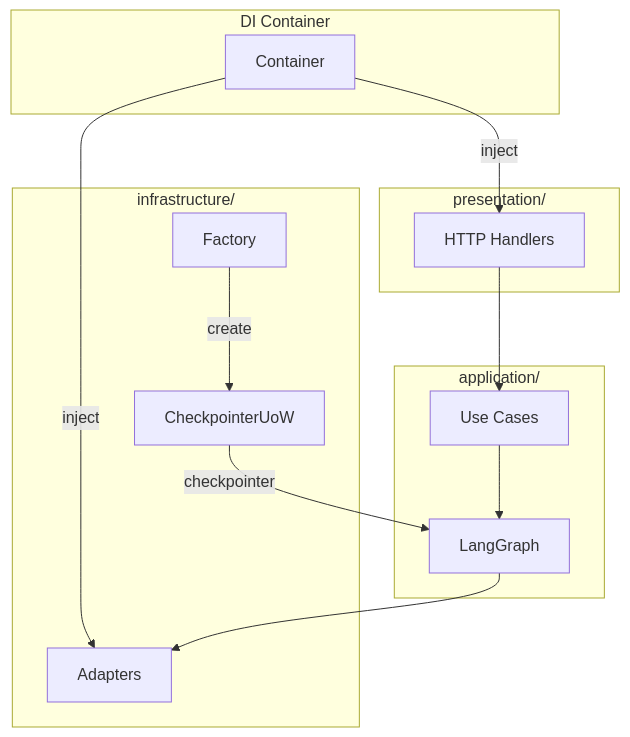
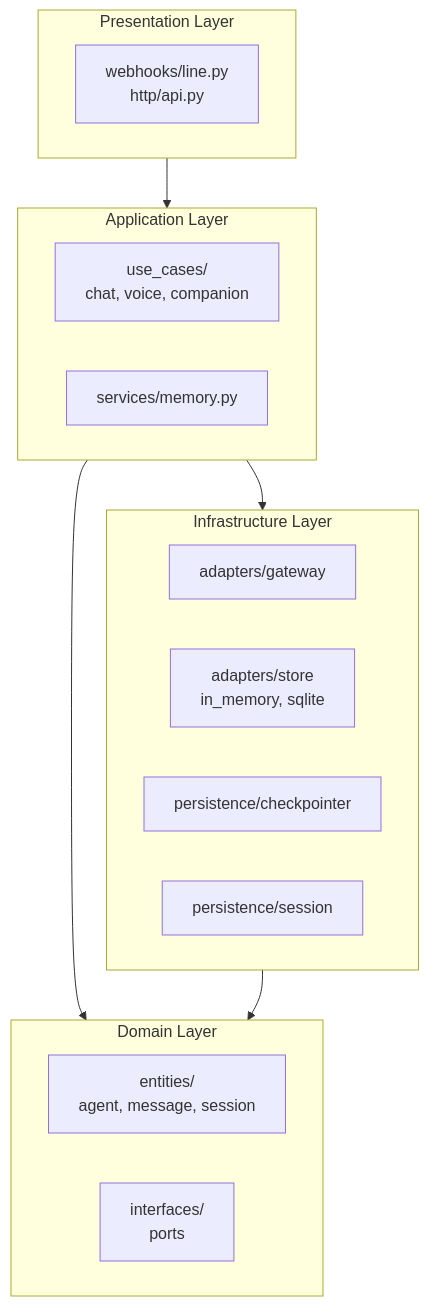
Before and after one commit to Jakkapat-Chongsuwat/homunculy: the second of 2 diagrams in homunculy/README.md, drawn with Mermaid. The commit also changed other lines of this file and 40 other files, not shown here.

Commit message:
feat(memory): homunculy: add sqlite memory

````diff
--- a/homunculy/README.md
+++ b/homunculy/README.md
@@ -7,27 +41,28 @@
 ```mermaid
 graph TB
-    subgraph DI["DI Container"]
-        C[Container]
+    subgraph P[Presentation Layer]
+        HTTP[webhooks/line.py<br/>http/api.py]
     end
     
-    subgraph Presentation["presentation/"]
-        HTTP[HTTP Handlers]
+    subgraph A[Application Layer]
+        UC[use_cases/<br/>chat, voice, companion]
+        MS[services/memory.py]
     end
-
-    subgraph Application["application/"]
-        UC[Use Cases]
-        LG[LangGraph]
+    
+    subgraph I[Infrastructure Layer]
+        GW[adapters/gateway]
+        ST[adapters/store<br/>in_memory, sqlite]
+        CP[persistence/checkpointer]
+        SS[persistence/session]
     end
-
-    subgraph Infrastructure["infrastructure/"]
-        AD[Adapters]
-        UOW[CheckpointerUoW]
-        FAC[Factory]
+    
+    subgraph D[Domain Layer]
+        E[entities/<br/>agent, message, session]
+        IF[interfaces/<br/>ports]
     end
-
-    C -->|inject| HTTP
-    C -->|inject| AD
-    HTTP --> UC --> LG --> AD
-    FAC -->|create| UOW
-    UOW -->|checkpointer| LG
+    
+    P --> A
+    A --> I
+    A --> D
+    I --> D
 ```
````
